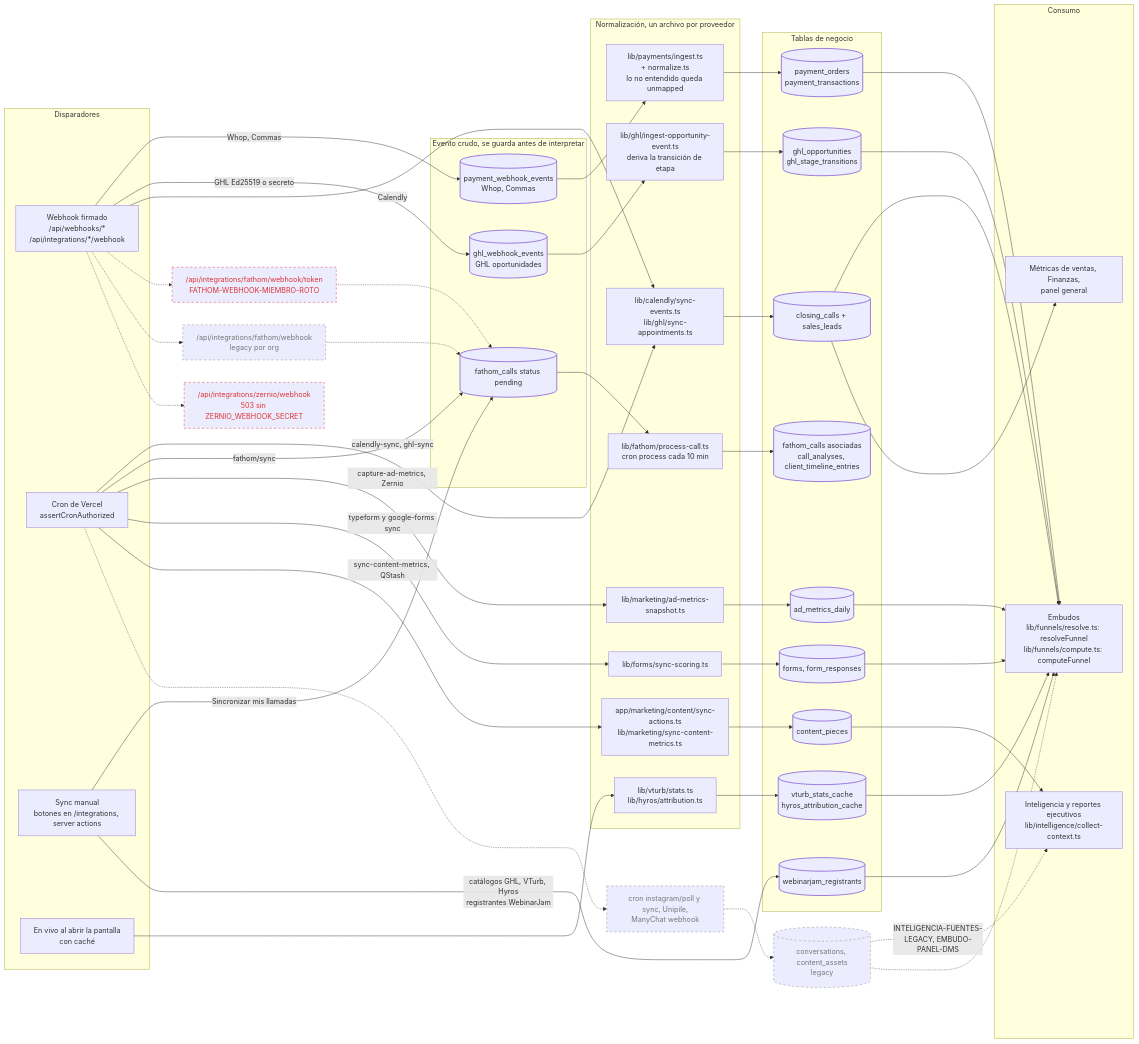
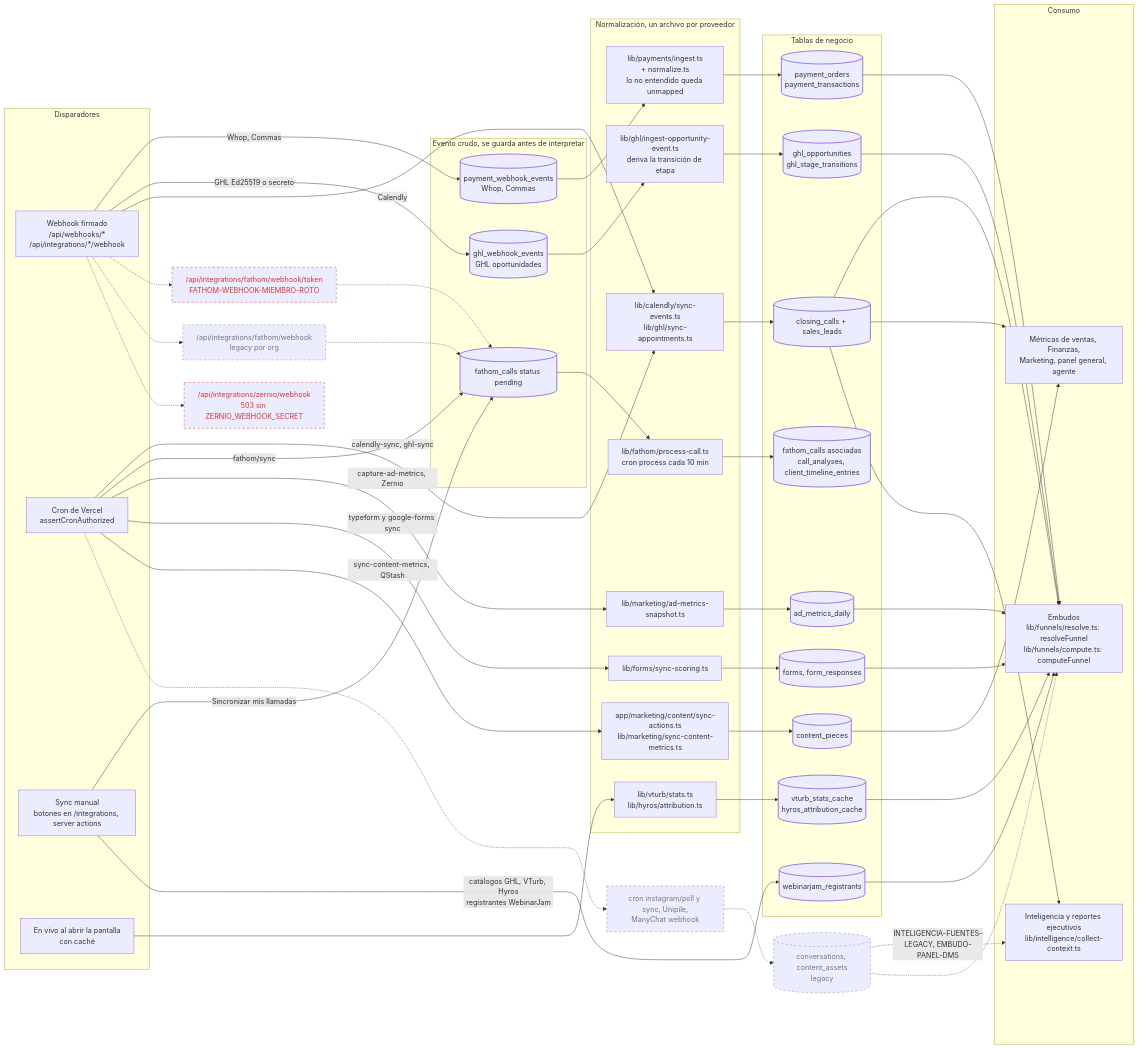
One commit to santiagozurbrigk/ai-coo-platform changed the fifth of 7 diagrams in docs/arquitectura/diagramas.md. Above: the diagram before and after it, drawn with Mermaid. The commit also changed other lines of this file and 3 other files, not shown here.

First line of the commit message:
docs(arquitectura): diagramas del sistema (C4, flujos y multi-tenant)

```diff
--- a/docs/arquitectura/diagramas.md
+++ b/docs/arquitectura/diagramas.md
@@ -457,7 +460,7 @@
 
     subgraph consumo["Consumo"]
         funnel["Embudos<br/>lib/funnels/resolve.ts: resolveFunnel<br/>lib/funnels/compute.ts: computeFunnel"]
-        metrics["Métricas de ventas, Finanzas,<br/>panel general"]
+        metrics["Métricas de ventas, Finanzas,<br/>Marketing, panel general, agente"]
         intel["Inteligencia y reportes ejecutivos<br/>lib/intelligence/collect-context.ts"]
     end
 
@@ -482,7 +485,8 @@
     cache --> funnel
     wj --> funnel
     cc --> metrics
-    content --> intel
+    content --> metrics
+    cc --> intel
 
     fwm["/api/integrations/fathom/webhook/token<br/>FATHOM-WEBHOOK-MIEMBRO-ROTO"]:::roto
     fwl["/api/integrations/fathom/webhook<br/>legacy por org"]:::legacy
```
